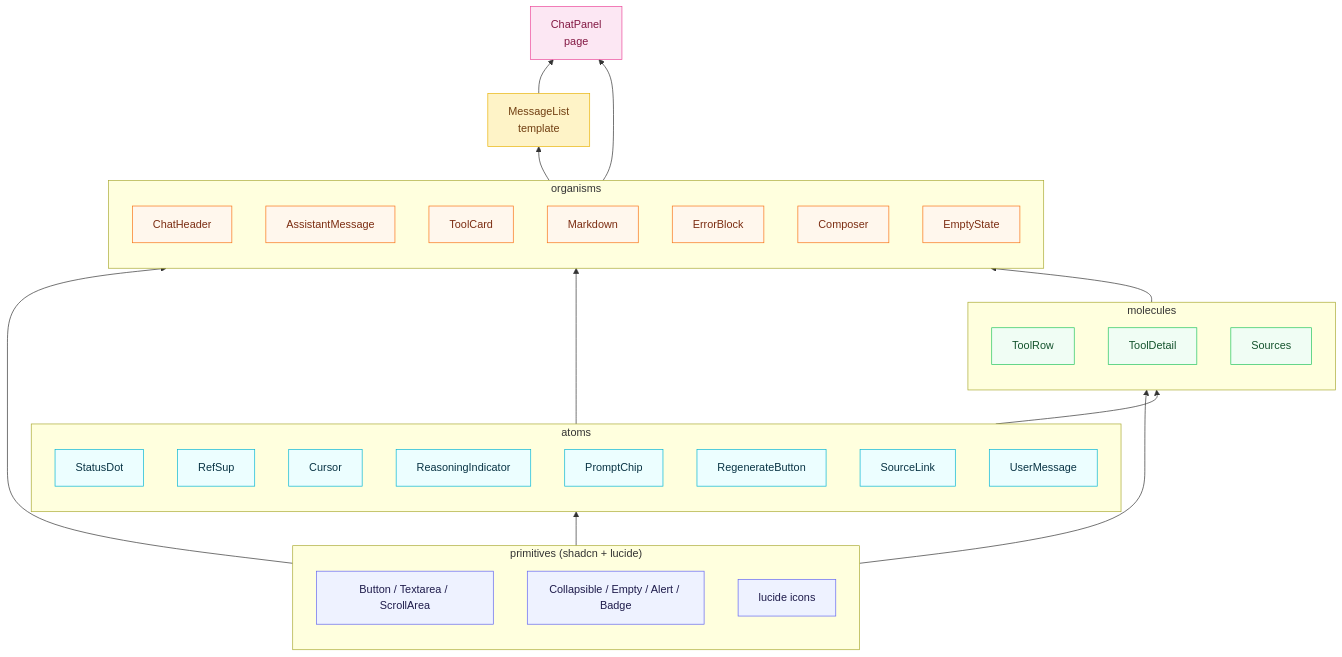
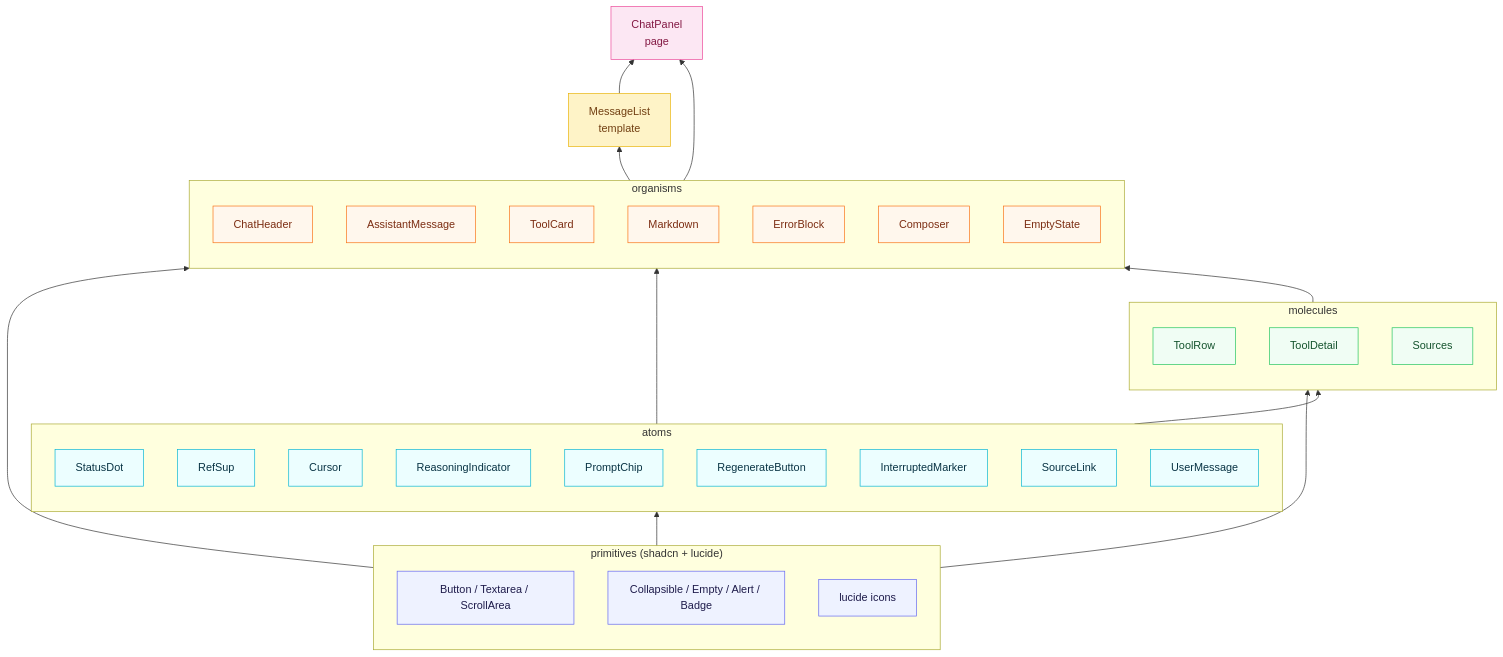
Before and after one commit to wei-yiting/fin-lab-x: the first of 4 diagrams in docs/frontend_chat_architecture.md, drawn with Mermaid. The commit also changed other lines of this file and 4 other files, not shown here.

````diff
--- a/docs/frontend_chat_architecture.md
+++ b/docs/frontend_chat_architecture.md
@@ -15,62 +15,63 @@
 ```mermaid
 flowchart BT
     subgraph primitives["primitives (shadcn + lucide)"]
         P1[Button / Textarea / ScrollArea]
         P2[Collapsible / Empty / Alert / Badge]
         P3[lucide icons]
     end
 
     subgraph atoms
         StatusDot
         RefSup
         Cursor
         ReasoningIndicator
         PromptChip
         RegenerateButton
+        InterruptedMarker
         SourceLink
         UserMessage
     end
 
     subgraph molecules
         ToolRow
         ToolDetail
         Sources
     end
 
     subgraph organisms
         ChatHeader
         AssistantMessage
         ToolCard
         Markdown
         ErrorBlock
         Composer
         EmptyState
     end
 
     MessageList[MessageList<br/>template]
     ChatPanel[ChatPanel<br/>page]
 
     primitives --> atoms
     primitives --> molecules
     primitives --> organisms
     atoms --> molecules
     atoms --> organisms
     molecules --> organisms
     organisms --> MessageList
     MessageList --> ChatPanel
     organisms --> ChatPanel
 
     classDef primitiveCls fill:#eef2ff,stroke:#6366f1,color:#1e1b4b
     classDef atomCls fill:#ecfeff,stroke:#06b6d4,color:#083344
     classDef moleculeCls fill:#f0fdf4,stroke:#22c55e,color:#14532d
     classDef organismCls fill:#fff7ed,stroke:#f97316,color:#7c2d12
     classDef templateCls fill:#fef3c7,stroke:#eab308,color:#713f12
     classDef pageCls fill:#fce7f3,stroke:#ec4899,color:#831843
 
     class P1,P2,P3 primitiveCls
-    class StatusDot,RefSup,Cursor,ReasoningIndicator,PromptChip,RegenerateButton,SourceLink,UserMessage atomCls
+    class StatusDot,RefSup,Cursor,ReasoningIndicator,PromptChip,RegenerateButton,InterruptedMarker,SourceLink,UserMessage atomCls
     class ToolRow,ToolDetail,Sources moleculeCls
     class ChatHeader,AssistantMessage,ToolCard,Markdown,ErrorBlock,Composer,EmptyState organismCls
     class MessageList templateCls
     class ChatPanel pageCls
 ```
````
